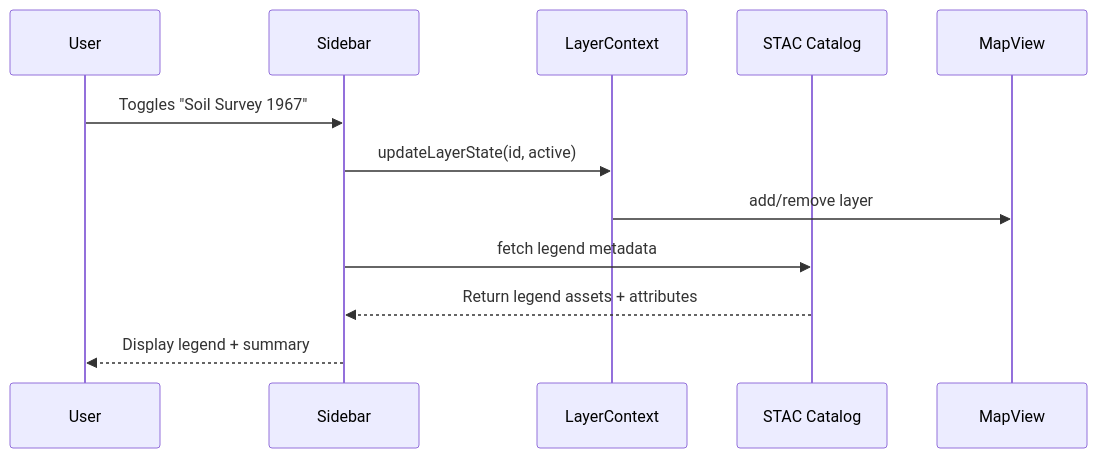
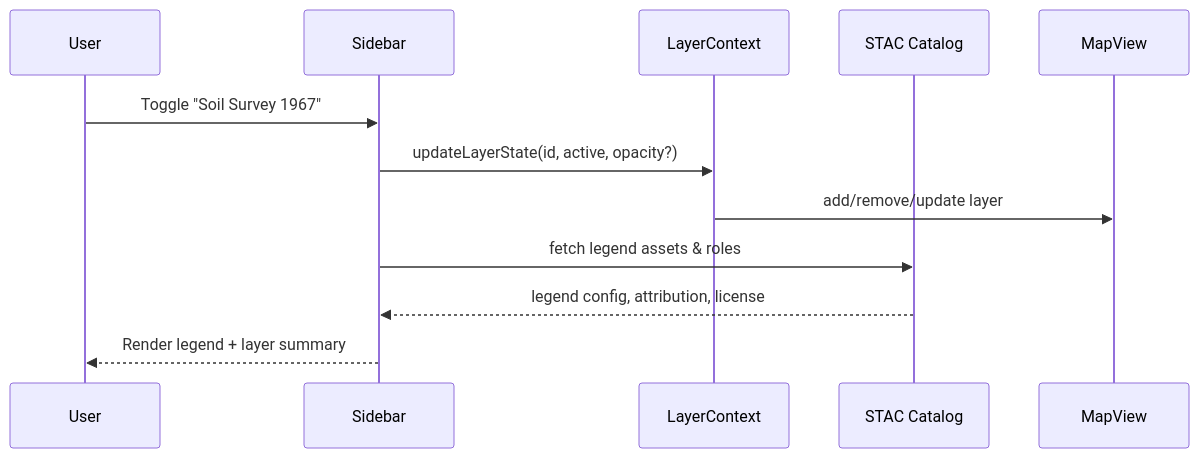
Before and after one commit to bartytime4life/Kansas-Frontier-Matrix: the second of 2 diagrams in web/src/components/Sidebar/README.md, drawn with Mermaid. The commit also changed other lines of this file, not shown here.

````diff
--- a/web/src/components/Sidebar/README.md
+++ b/web/src/components/Sidebar/README.md
@@ -162,16 +153,16 @@
 ```mermaid
 sequenceDiagram
   participant U as User
   participant SB as Sidebar
   participant CTX as LayerContext
   participant STAC as STAC Catalog
   participant MAP as MapView
 
-  U->>SB: Toggles "Soil Survey 1967"
-  SB->>CTX: updateLayerState(id, active)
-  CTX->>MAP: add/remove layer
-  SB->>STAC: fetch legend metadata
-  STAC-->>SB: Return legend assets + attributes
-  SB-->>U: Display legend + summary
+  U->>SB: Toggle "Soil Survey 1967"
+  SB->>CTX: updateLayerState(id, active, opacity?)
+  CTX->>MAP: add/remove/update layer
+  SB->>STAC: fetch legend assets & roles
+  STAC-->>SB: legend config, attribution, license
+  SB-->>U: Render legend + layer summary
 %% END OF MERMAID
 ```
````
